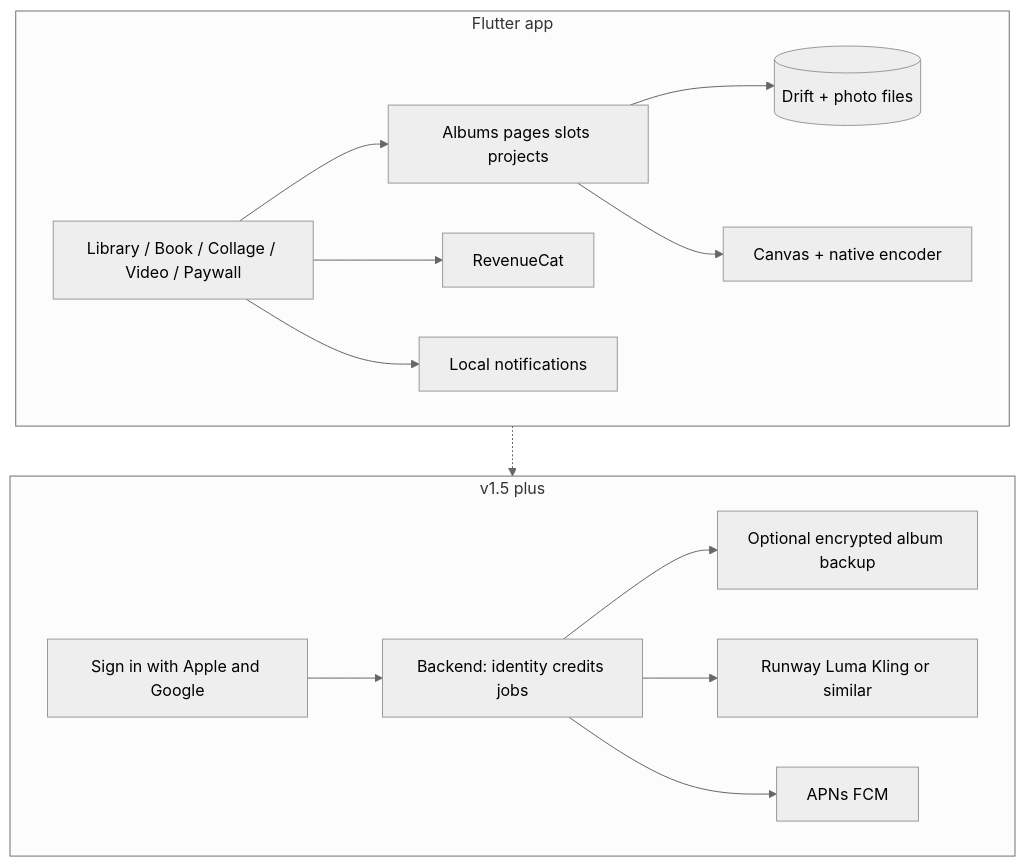
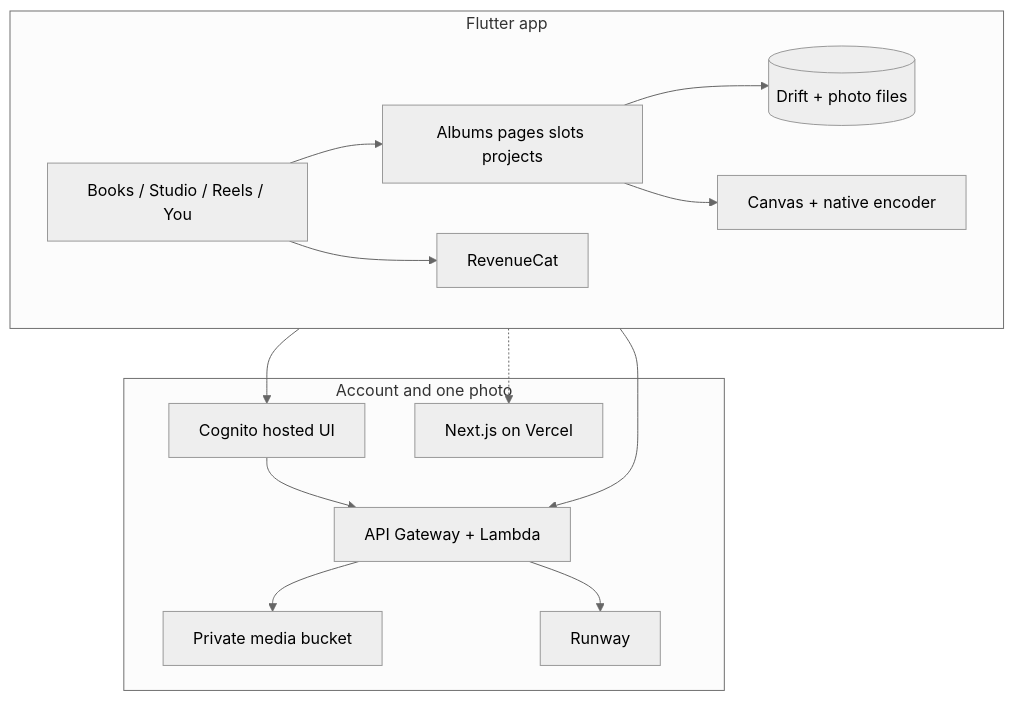
One commit to mobigaurav/MemoryCollage changed the first of 2 diagrams in memory_book/docs/SYSTEM_DESIGN.md. Above: the diagram before and after it, drawn with Mermaid (neutral theme). The commit also changed other lines of this file and 250 other files, not shown here.

First line of the commit message:
Make Memory Book the repo: phone, site, and API.

````diff
--- a/memory_book/docs/SYSTEM_DESIGN.md
+++ b/memory_book/docs/SYSTEM_DESIGN.md
@@ -45,29 +89,28 @@
 ```mermaid
 flowchart TB
   subgraph client [Flutter app]
-    UI[Library / Book / Collage / Video / Paywall]
+    UI[Books / Studio / Reels / You]
     Domain[Albums pages slots projects]
     Local[(Drift + photo files)]
     IAP[RevenueCat]
     Export[Canvas + native encoder]
-    Notify[Local notifications]
     UI --> Domain --> Local
     UI --> IAP
     Domain --> Export
-    UI --> Notify
   end
 
-  subgraph later [v1.5 plus]
-    Auth[Sign in with Apple and Google]
-    API[Backend: identity credits jobs]
-    Storage[Optional encrypted album backup]
-    AI[Runway Luma Kling or similar]
-    Push[APNs FCM]
+  subgraph cloud [Account and one photo]
+    Auth[Cognito hosted UI]
+    API[API Gateway + Lambda]
+    S3[Private media bucket]
+    Vendor[Runway]
+    Site[Next.js on Vercel]
     Auth --> API
-    API --> Storage
-    API --> AI
-    API --> Push
+    API --> S3
+    API --> Vendor
   end
 
-  client -.-> later
+  client --> Auth
+  client --> API
+  client -.-> Site
 ```
````
